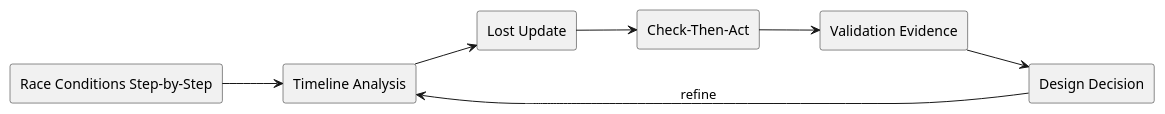
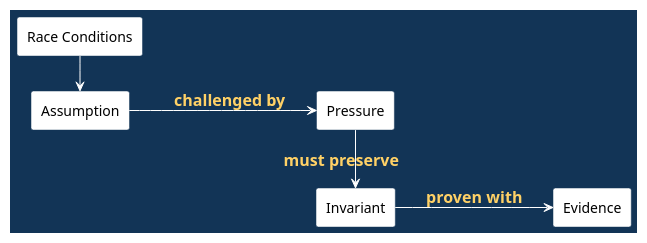
Before and after one commit to madajaju/CS5254: diagram 16 of 16 in doc/lectures/week3/race_conditions/README.slides.adoc, drawn with PlantUML. The commit also changed other lines of this file and 21 other files, not shown here.

```diff
--- a/doc/lectures/week3/race_conditions/README.slides.adoc
+++ b/doc/lectures/week3/race_conditions/README.slides.adoc
@@ -71,22 +1097,62 @@
-[plantuml, target=architecture_view, format=svg, width=80%]
+[plantuml, target=race_conditions_16_summary_visual, format=svg, width=100%]
 ----
 @startuml
-skinparam monochrome true
+skinparam BackgroundColor #123456
+skinparam DefaultFontColor white
+skinparam ArrowColor white
+skinparam ArrowFontColor #ffd166
+skinparam ArrowFontStyle bold
+skinparam ArrowFontSize 16
+skinparam ActorBorderColor #123456
+skinparam ActorFontColor white
+skinparam participant {
+  BackgroundColor white
+  BorderColor #123456
+  FontColor black
+}
+skinparam sequence {
+  LifeLineBorderColor white
+  LifeLineBackgroundColor white
+  ParticipantBorderColor #123456
+  ParticipantBackgroundColor white
+  ParticipantFontColor black
+}
+skinparam rectangle {
+  BackgroundColor white
+  BorderColor #123456
+  FontColor black
+}
+skinparam database {
+  BackgroundColor white
+  BorderColor #123456
+  FontColor black
+}
+skinparam state {
+  BackgroundColor white
+  BorderColor #123456
+  FontColor black
+}
+skinparam activity {
+  BackgroundColor white
+  BorderColor #123456
+  FontColor black
+}
+skinparam note {
+  BackgroundColor white
+  BorderColor #123456
+  FontColor black
+}
 skinparam shadowing false
 left to right direction
 
-rectangle "Race Conditions Step-by-Step" as Topic
-rectangle "Timeline Analysis" as A
-rectangle "Lost Update" as B
-rectangle "Check-Then-Act" as C
-rectangle "Validation Evidence" as V
-rectangle "Design Decision" as D
-
-Topic --> A
-A --> B
-B --> C
-C --> V
-V --> D
-D --> A : refine
+rectangle "Race Conditions" as Topic
+rectangle "Assumption" as A
+rectangle "Pressure" as P
+rectangle "Invariant" as I
+rectangle "Evidence" as E
+Topic -> A
+A --> P : challenged by
+P -> I : must preserve
+I --> E : proven with
 @enduml
 ----
```
